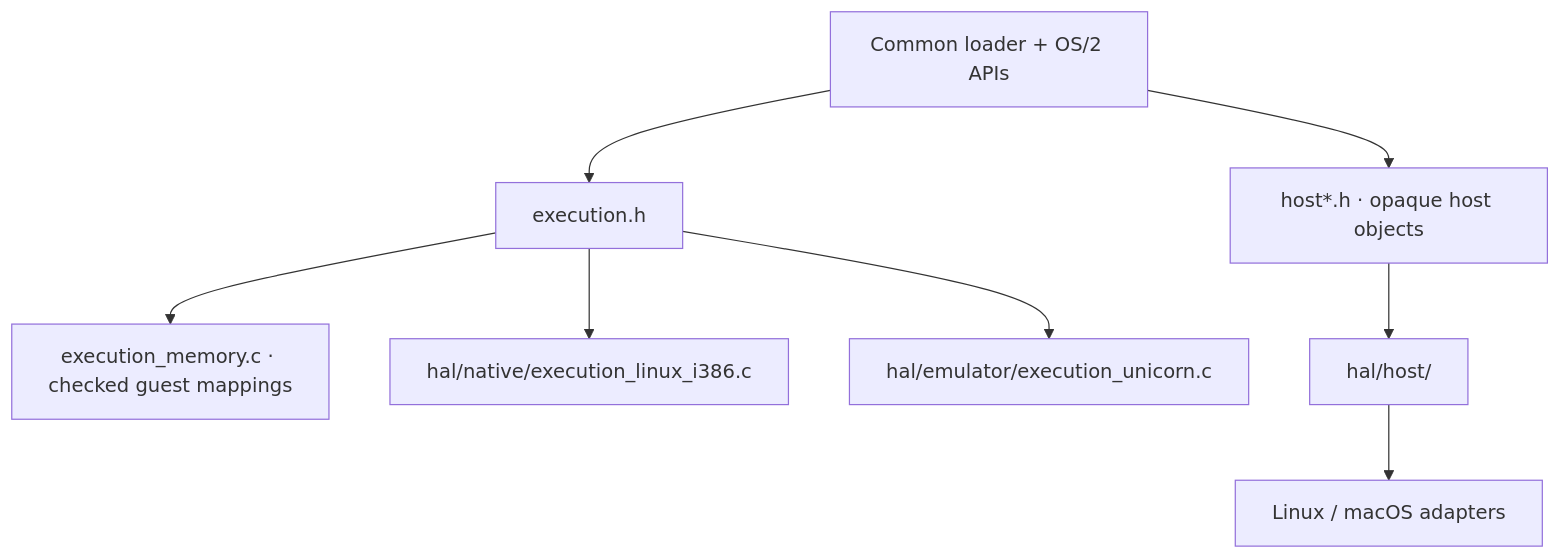
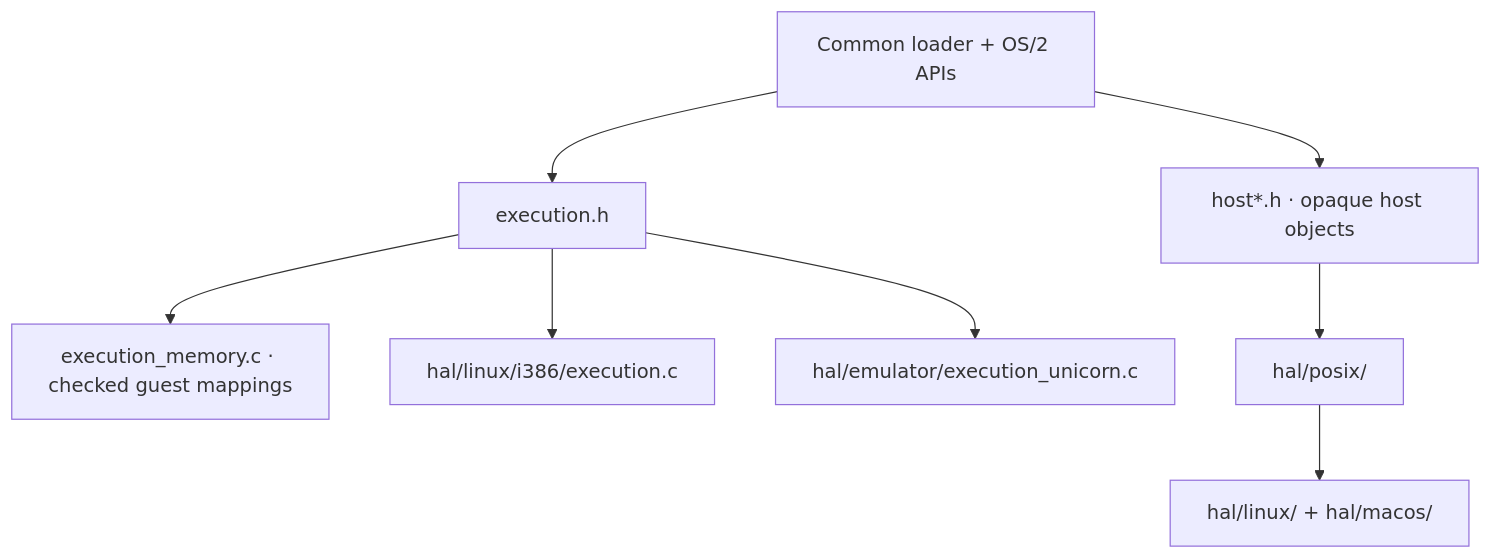
The diagram in docs/runtime.md (bitwisecook/2ine), drawn with Mermaid before and after one commit. The commit also changed other lines of this file and 46 other files, not shown here.

Commit message:
Separate HAL host adapters by operating system

````diff
--- a/docs/runtime.md
+++ b/docs/runtime.md
@@ -9,9 +9,9 @@
 ```mermaid
 flowchart TD
     Loader["Common loader + OS/2 APIs"] --> Exec["execution.h"]
     Exec --> Memory["execution_memory.c · checked guest mappings"]
-    Exec --> Native["hal/native/execution_linux_i386.c"]
+    Exec --> Native["hal/linux/i386/execution.c"]
     Exec --> Emu["hal/emulator/execution_unicorn.c"]
     Loader --> Host["host*.h · opaque host objects"]
-    Host --> HAL["hal/host/"] --> Platforms["Linux / macOS adapters"]
+    Host --> HAL["hal/posix/"] --> Platforms["hal/linux/ + hal/macos/"]
 ```
````
